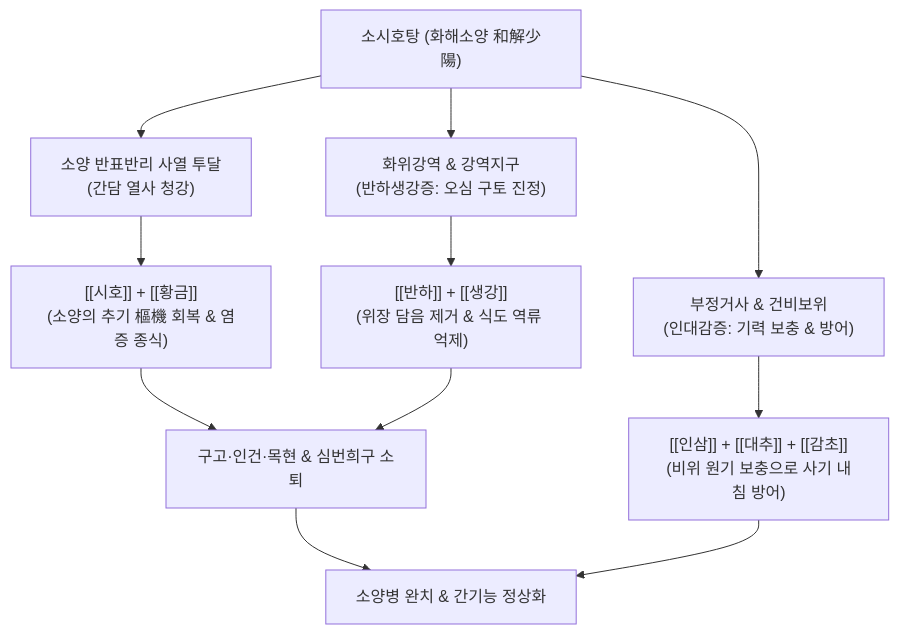
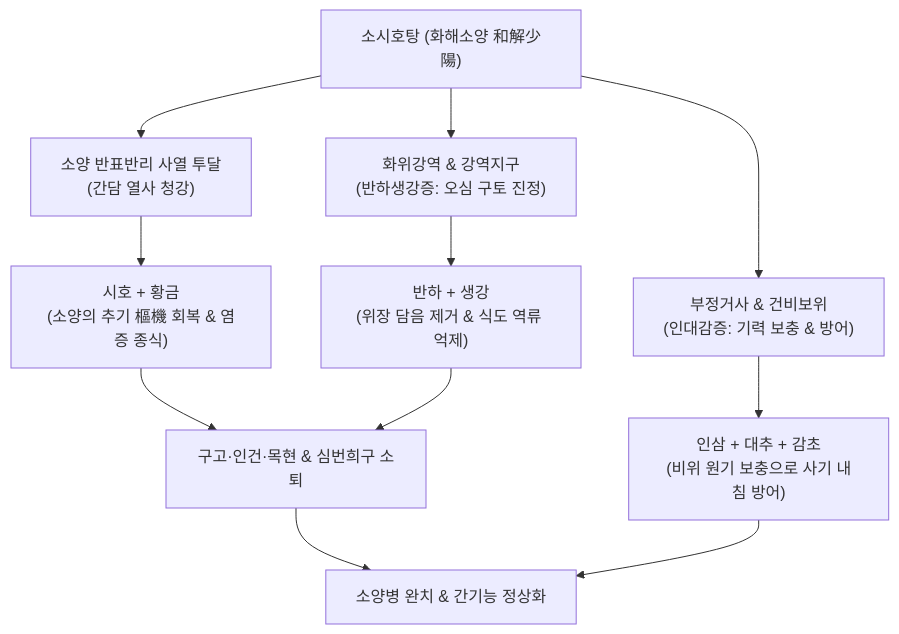
Before and after one commit to simbio11/simbio-digital-garden2: the diagram in content/2. 약리 공부/처방/04_이기·화해제/소시호탕.md, drawn with Mermaid. The commit also changed other lines of this file and 122 other files, not shown here.

````diff
--- a/content/2. 약리 공부/처방/04_이기·화해제/소시호탕.md
+++ b/content/2. 약리 공부/처방/04_이기·화해제/소시호탕.md
@@ -61,13 +61,13 @@
 ```mermaid
 graph TD
     A["소시호탕 (화해소양 和解少陽)"] --> B["소양 반표반리 사열 투달<br/>(간담 열사 청강)"]
     A --> C["화위강역 & 강역지구<br/>(반하생강증: 오심 구토 진정)"]
     A --> D["부정거사 & 건비보위<br/>(인대감증: 기력 보충 & 방어)"]
 
-    B --> B1["[[시호]] + [[황금]]<br/>(소양의 추기 樞機 회복 & 염증 종식)"]
-    C --> C1["[[반하]] + [[생강]]<br/>(위장 담음 제거 & 식도 역류 억제)"]
-    D --> D1["[[인삼]] + [[대추]] + [[감초]]<br/>(비위 원기 보충으로 사기 내침 방어)"]
+    B --> B1["시호 + 황금<br/>(소양의 추기 樞機 회복 & 염증 종식)"]
+    C --> C1["반하 + 생강<br/>(위장 담음 제거 & 식도 역류 억제)"]
+    D --> D1["인삼 + 대추 + 감초<br/>(비위 원기 보충으로 사기 내침 방어)"]
 
     B1 & C1 --> BC["구고·인건·목현 & 심번희구 소퇴"]
     BC & D1 --> AD["소양병 완치 & 간기능 정상화"]
 ```
````
